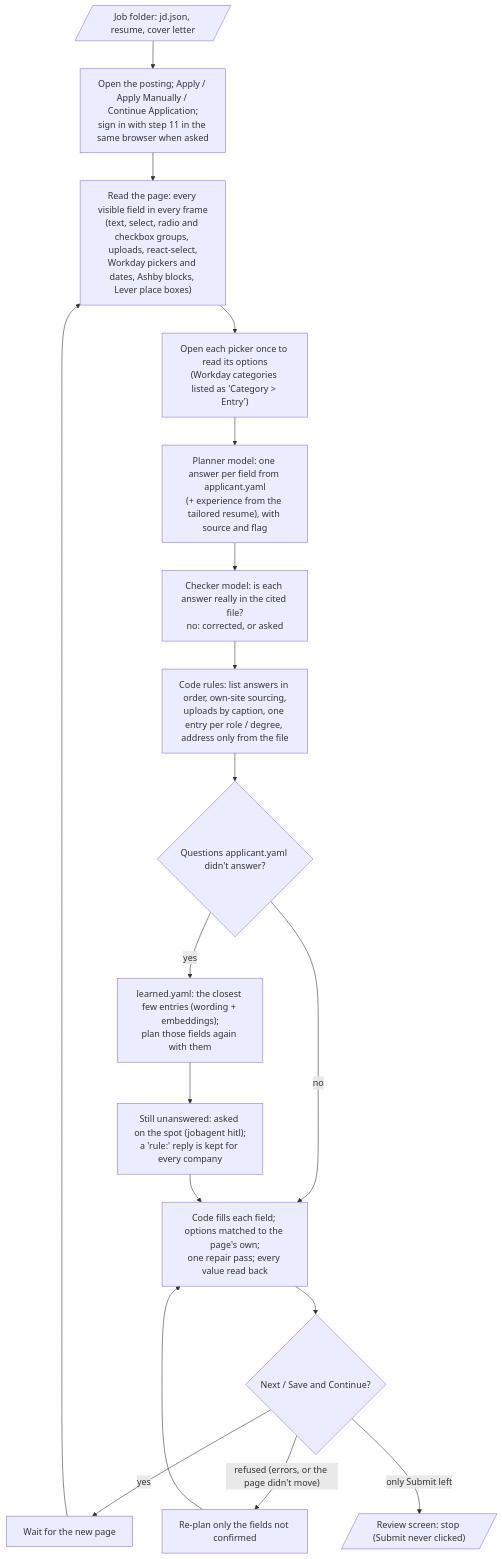
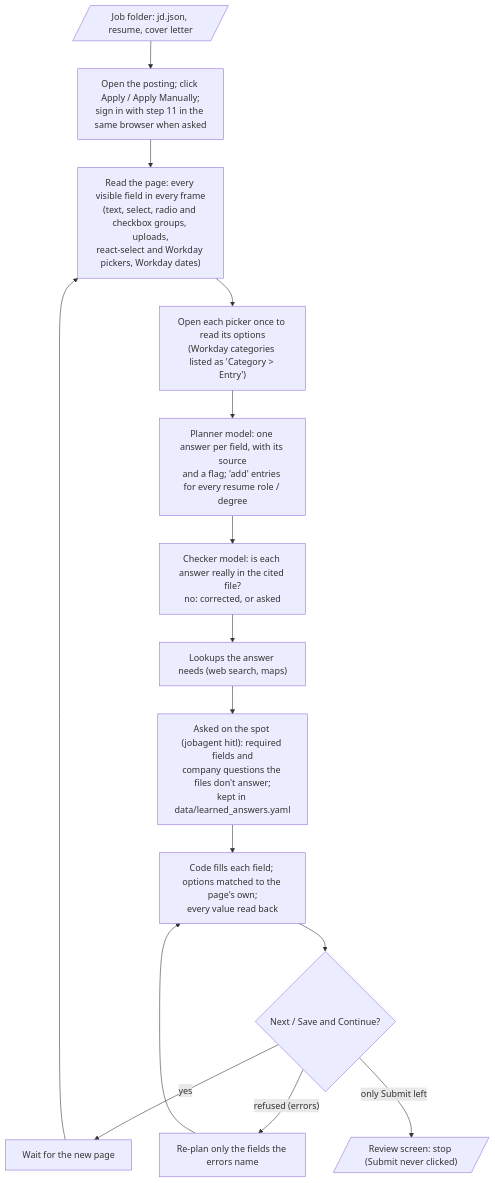
The diagram in docs/steps/12-forms.md (BhavyaShah1234/JobApplicationAgent), drawn with Mermaid before and after one commit. The commit also changed other lines of this file and 99 other files, not shown here.

````diff
--- a/docs/steps/12-forms.md
+++ b/docs/steps/12-forms.md
@@ -26,18 +21,15 @@
 ```mermaid
 flowchart TD
-    J[/"Job folder: jd.json, resume, cover letter"/] --> S["Open the posting; Apply / Apply Manually / Continue Application;<br/>sign in with step 11 in the same browser when asked"]
-    S --> R["Read the page: every visible field in every frame<br/>(text, select, radio and checkbox groups, uploads, react-select,<br/>Workday pickers and dates, Ashby blocks, Lever place boxes)"]
+    J[/"Job folder: jd.json, resume, cover letter"/] --> S["Open the posting; click Apply / Apply Manually;<br/>sign in with step 11 in the same browser when asked"]
+    S --> R["Read the page: every visible field in every frame<br/>(text, select, radio and checkbox groups, uploads,<br/>react-select and Workday pickers, Workday dates)"]
     R --> O["Open each picker once to read its options<br/>(Workday categories listed as 'Category > Entry')"]
-    O --> P["Planner model: one answer per field from applicant.yaml<br/>(+ experience from the tailored resume), with source and flag"]
+    O --> P["Planner model: one answer per field, with its source<br/>and a flag; 'add' entries for every resume role / degree"]
     P --> C["Checker model: is each answer really in the cited file?<br/>no: corrected, or asked"]
-    C --> K["Code rules: list answers in order, own-site sourcing,<br/>uploads by caption, one entry per role / degree, address only from the file"]
-    K --> Q{"Questions applicant.yaml didn't answer?"}
-    Q -- "yes" --> LR["learned.yaml: the closest few entries (wording + embeddings);<br/>plan those fields again with them"]
-    LR --> H["Still unanswered: asked on the spot (jobagent hitl);<br/>a 'rule:' reply is kept for every company"]
-    Q -- "no" --> F
-    H --> F["Code fills each field; options matched to the page's own;<br/>one repair pass; every value read back"]
+    C --> L["Lookups the answer needs (web search, maps)"]
+    L --> H["Asked on the spot (jobagent hitl): required fields and<br/>company questions the files don't answer;<br/>kept in data/learned_answers.yaml"]
+    H --> F["Code fills each field; options matched to the page's own;<br/>every value read back"]
     F --> N{"Next / Save and Continue?"}
     N -- "yes" --> W["Wait for the new page"] --> R
-    N -- "refused (errors, or the page didn't move)" --> E["Re-plan only the fields not confirmed"] --> F
+    N -- "refused (errors)" --> E["Re-plan only the fields the errors name"] --> F
     N -- "only Submit left" --> V[/"Review screen: stop (Submit never clicked)"/]
 ```
````
